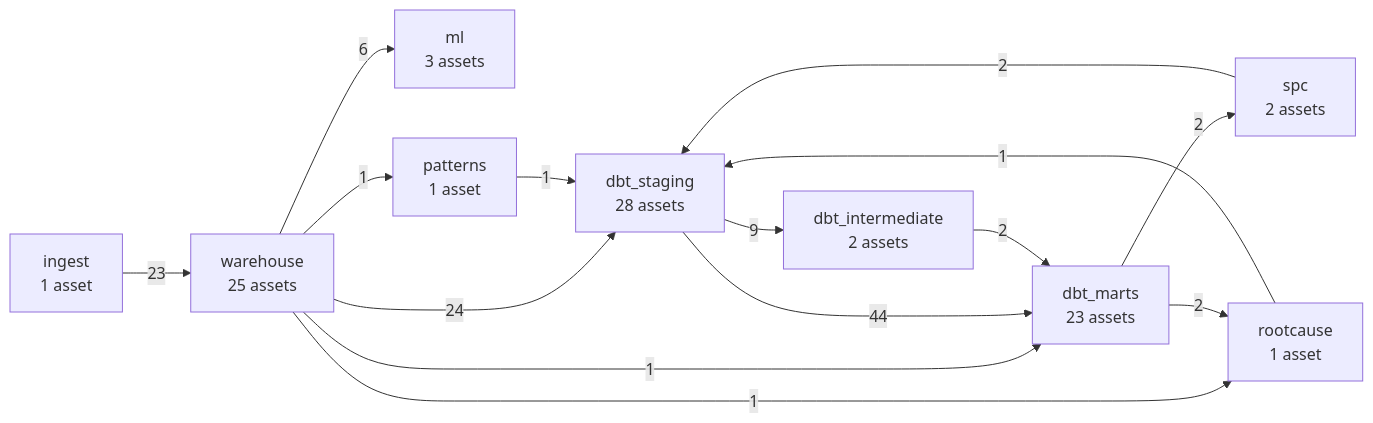
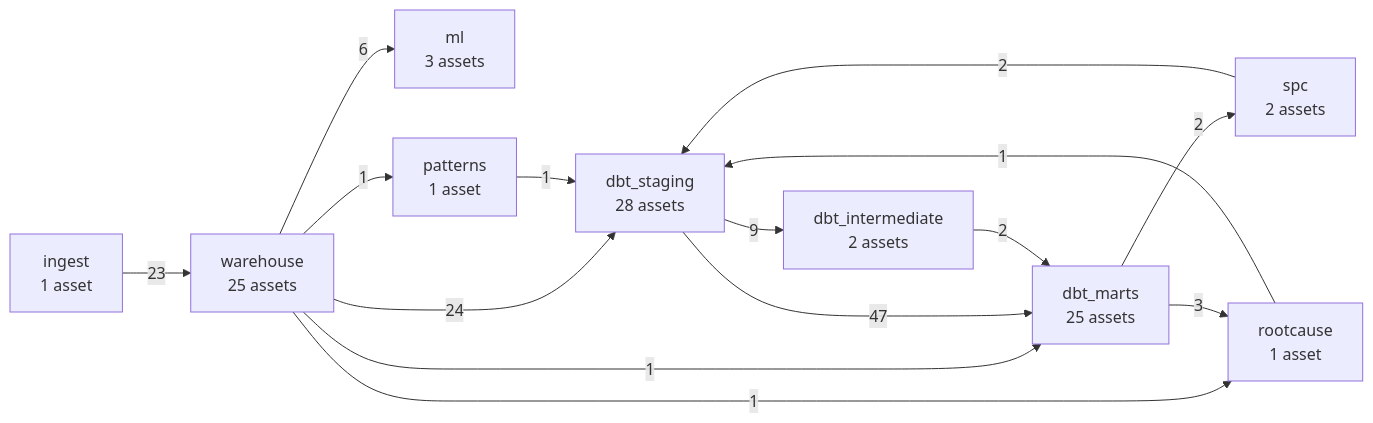
One commit to anson10/waferLens changed the diagram in docs/pipeline.md. Above: the diagram before and after it, drawn with Mermaid. The commit also changed other lines of this file and 33 other files, not shown here.

````diff
--- a/docs/pipeline.md
+++ b/docs/pipeline.md
@@ -11,26 +11,26 @@
 ```mermaid
 flowchart LR
     ingest["ingest<br/>1 asset"]
     warehouse["warehouse<br/>25 assets"]
     dbt_staging["dbt_staging<br/>28 assets"]
     dbt_intermediate["dbt_intermediate<br/>2 assets"]
-    dbt_marts["dbt_marts<br/>23 assets"]
+    dbt_marts["dbt_marts<br/>25 assets"]
     spc["spc<br/>2 assets"]
     rootcause["rootcause<br/>1 asset"]
     ml["ml<br/>3 assets"]
     patterns["patterns<br/>1 asset"]
     ingest -->|23| warehouse
     warehouse -->|24| dbt_staging
     warehouse -->|1| dbt_marts
     warehouse -->|1| rootcause
     warehouse -->|6| ml
     warehouse -->|1| patterns
     dbt_staging -->|9| dbt_intermediate
-    dbt_staging -->|44| dbt_marts
+    dbt_staging -->|47| dbt_marts
     dbt_intermediate -->|2| dbt_marts
     dbt_marts -->|2| spc
-    dbt_marts -->|2| rootcause
+    dbt_marts -->|3| rootcause
     spc -->|2| dbt_staging
     rootcause -->|1| dbt_staging
     patterns -->|1| dbt_staging
 ```
````
